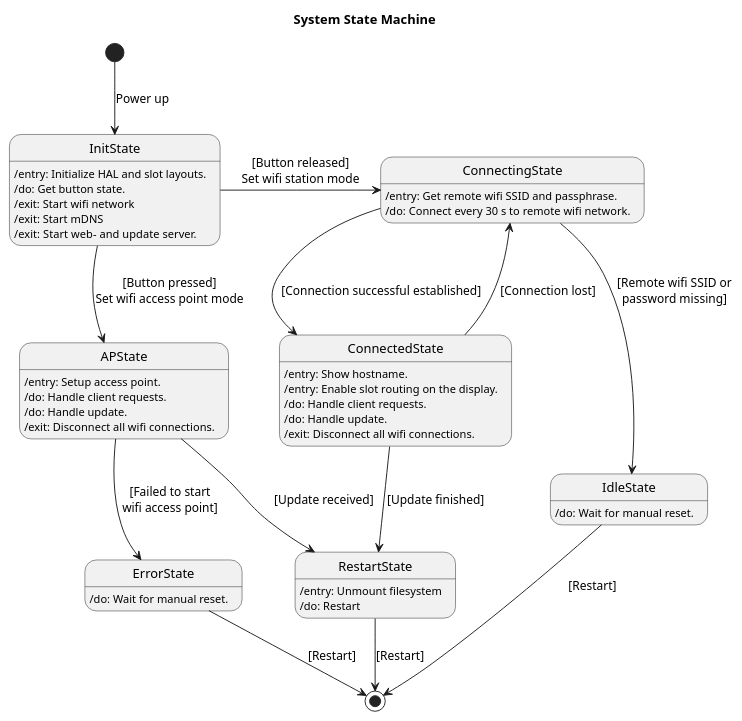
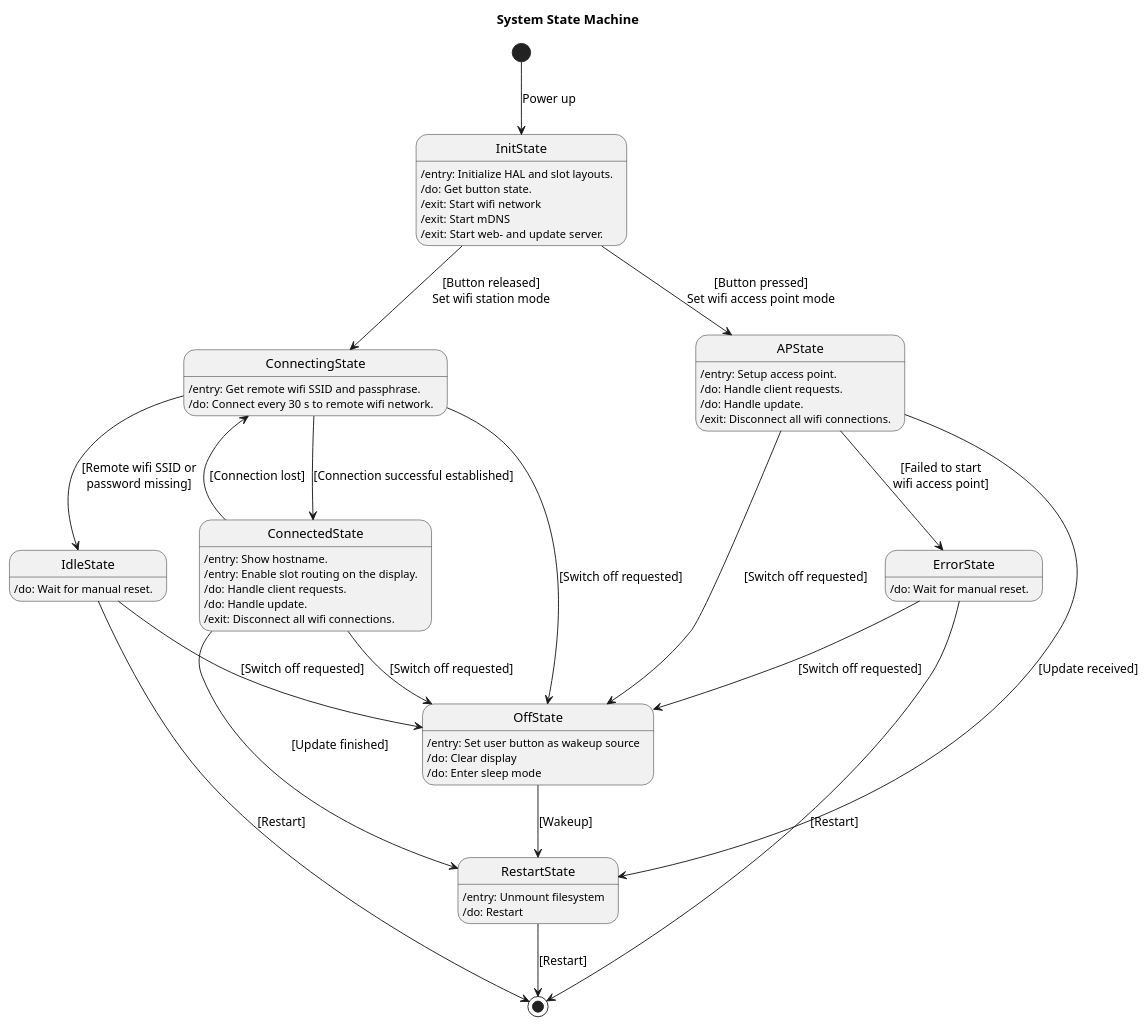
Before and after one commit to BlueAndi/Pixelix: the diagram in doc/architecture/uml/system_state_machine.wsd, drawn with PlantUML. The commit also changed 11 other files, not shown here.

Commit message:
Device can be switched off with 5 short user button pushes. #129

```diff
--- a/doc/architecture/uml/system_state_machine.wsd
+++ b/doc/architecture/uml/system_state_machine.wsd
@@ -1,45 +1,62 @@
-@startuml
+@startuml System State Machine
 
 title System State Machine
 
 InitState: /entry: Initialize HAL and slot layouts.
 InitState: /do: Get button state.
 InitState: /exit: Start wifi network
 InitState: /exit: Start mDNS
 InitState: /exit: Start web- and update server.
 
 APState: /entry: Setup access point.
 APState: /do: Handle client requests.
 APState: /do: Handle update.
 APState: /exit: Disconnect all wifi connections.
 
 IdleState: /do: Wait for manual reset.
 
 ConnectingState: /entry: Get remote wifi SSID and passphrase.
 ConnectingState: /do: Connect every 30 s to remote wifi network.
 
 ConnectedState: /entry: Show hostname.
 ConnectedState: /entry: Enable slot routing on the display.
 ConnectedState: /do: Handle client requests.
 ConnectedState: /do: Handle update.
 ConnectedState: /exit: Disconnect all wifi connections.
 
 ErrorState: /do: Wait for manual reset.
 
 RestartState: /entry: Unmount filesystem
 RestartState: /do: Restart
 
+OffState: /entry: Set user button as wakeup source
+OffState: /do: Clear display
+OffState: /do: Enter sleep mode
+
 [*] --> InitState: Power up
 InitState --> APState: [Button pressed]\nSet wifi access point mode
 InitState -> ConnectingState: [Button released]\nSet wifi station mode
+
 APState --> ErrorState: [Failed to start\nwifi access point]
 APState --> RestartState: [Update received]
+APState --> OffState: [Switch off requested]
+
 ConnectingState --> IdleState: [Remote wifi SSID or\npassword missing]
 ConnectingState --> ConnectedState: [Connection successful established]
+ConnectingState --> OffState: [Switch off requested]
+
 ConnectedState --> ConnectingState: [Connection lost]
 ConnectedState --> RestartState: [Update finished]
+ConnectedState --> OffState: [Switch off requested]
+
 ErrorState --> [*]: [Restart]
+ErrorState --> OffState: [Switch off requested]
+
 IdleState --> [*]: [Restart]
+IdleState --> OffState: [Switch off requested]
+
 RestartState --> [*]: [Restart]
 
+OffState --> RestartState: [Wakeup]
+
 @enduml
```
